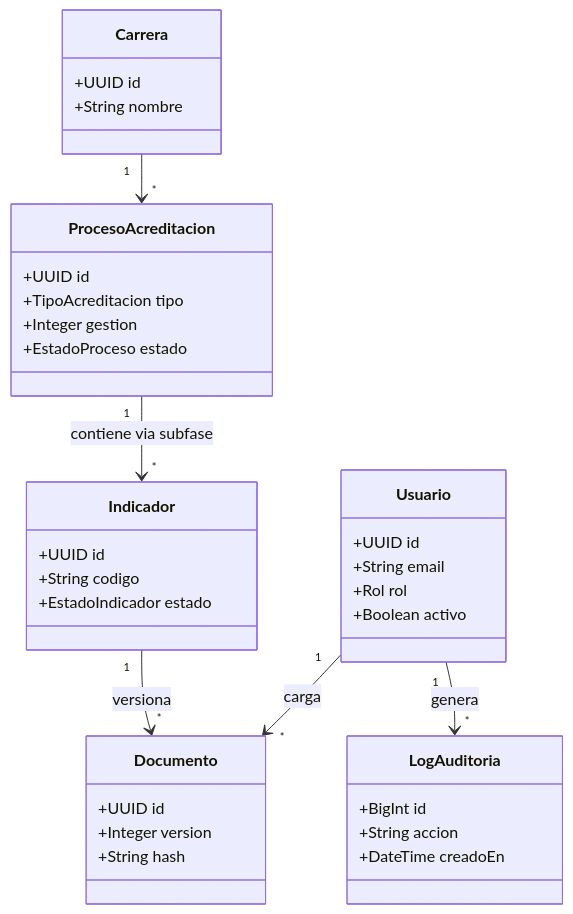
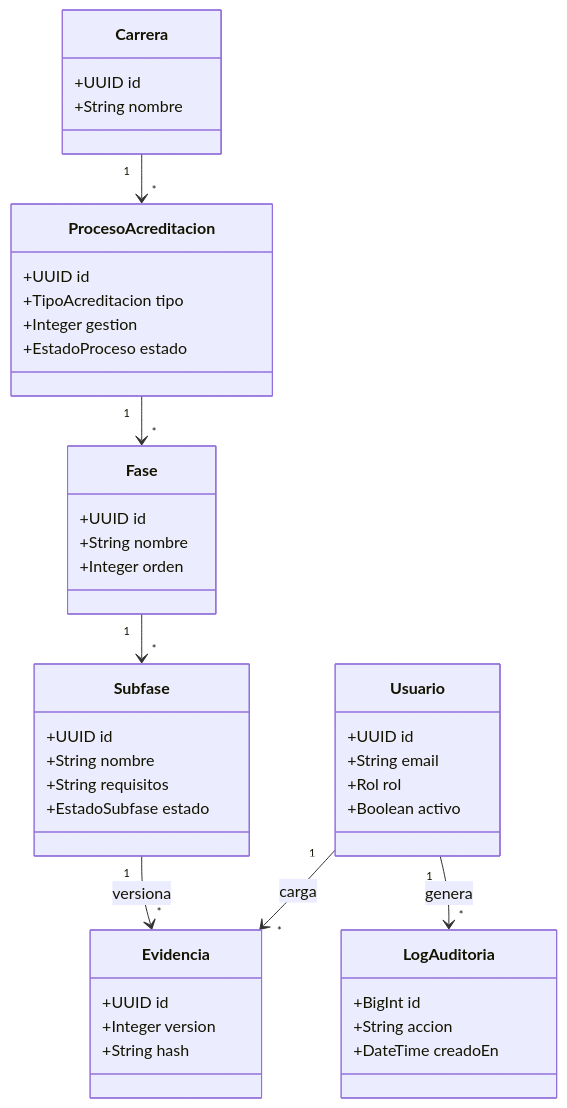
Before and after one commit to AcredIA-UMSS/sigesa-acreditacion-umss: the diagram in docs/product/diagramas/D-CLASS-001-dominio-sigesa.mmd, drawn with Mermaid. The commit also changed 3564 other files, not shown here.

```diff
--- a/docs/product/diagramas/D-CLASS-001-dominio-sigesa.mmd
+++ b/docs/product/diagramas/D-CLASS-001-dominio-sigesa.mmd
@@ -1,40 +1,47 @@
 %% diagramId: D-CLASS-001
-%% fsdTrace: docs/LFSD.md dominio NFR-013 auditoria
-%% version: 1.0
+%% fsdTrace: docs/product/FSD.md — modelo subfase-centrado v1.1
+%% version: 1.1
 classDiagram
     class Usuario {
         +UUID id
         +String email
         +Rol rol
         +Boolean activo
     }
     class Carrera {
         +UUID id
         +String nombre
     }
     class ProcesoAcreditacion {
         +UUID id
         +TipoAcreditacion tipo
         +Integer gestion
         +EstadoProceso estado
     }
-    class Indicador {
+    class Fase {
         +UUID id
-        +String codigo
-        +EstadoIndicador estado
+        +String nombre
+        +Integer orden
     }
-    class Documento {
+    class Subfase {
+        +UUID id
+        +String nombre
+        +String requisitos
+        +EstadoSubfase estado
+    }
+    class Evidencia {
         +UUID id
         +Integer version
         +String hash
     }
     class LogAuditoria {
         +BigInt id
         +String accion
         +DateTime creadoEn
     }
-    Usuario "1" --> "*" Documento : carga
     Carrera "1" --> "*" ProcesoAcreditacion
-    ProcesoAcreditacion "1" --> "*" Indicador : contiene via subfase
-    Indicador "1" --> "*" Documento : versiona
+    ProcesoAcreditacion "1" --> "*" Fase
+    Fase "1" --> "*" Subfase
+    Subfase "1" --> "*" Evidencia : versiona
+    Usuario "1" --> "*" Evidencia : carga
     Usuario "1" --> "*" LogAuditoria : genera
```
